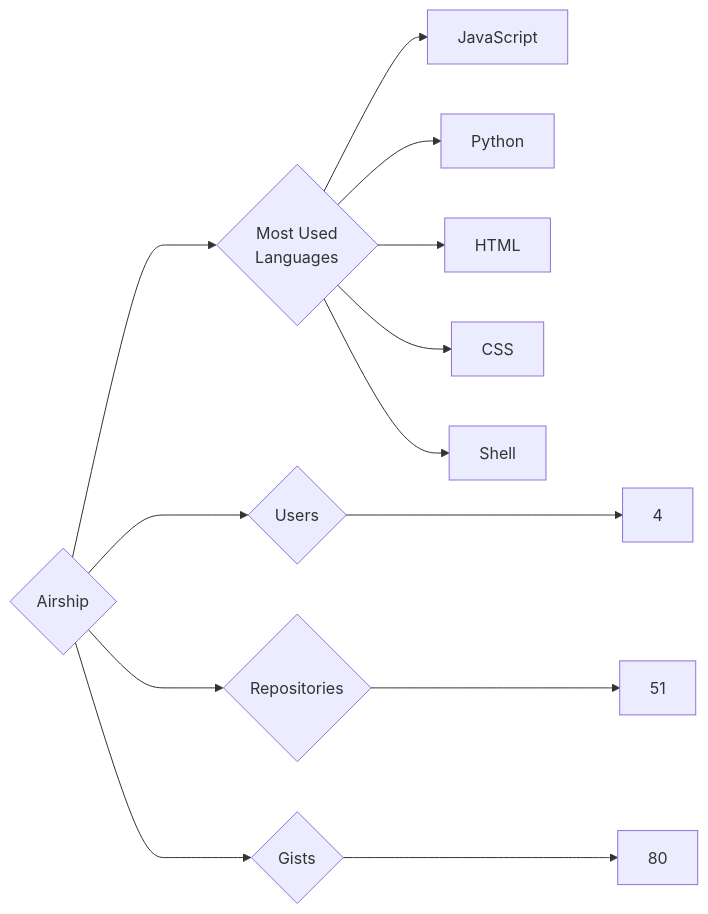
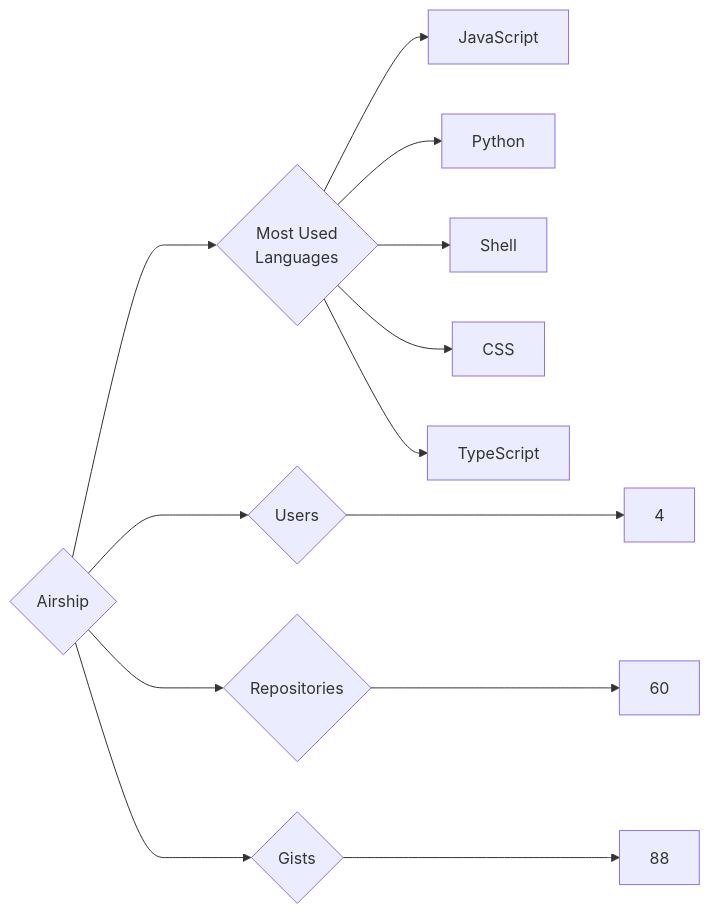
The diagram in targets/Airship/README.md (trickest/insiders), drawn with Mermaid before and after one commit. The commit also changed 1212 other files, not shown here.

````diff
--- a/targets/Airship/README.md
+++ b/targets/Airship/README.md
@@ -3,13 +3,13 @@
 ```mermaid
 graph LR
 COMPANY_NAME{Airship}
 COMPANY_NAME ---> U{Users} ---> UN[4]
-COMPANY_NAME ---> R{Repositories} ---> RN[51]
-COMPANY_NAME ---> G{Gists} ---> GN[80]
+COMPANY_NAME ---> R{Repositories} ---> RN[60]
+COMPANY_NAME ---> G{Gists} ---> GN[88]
 COMPANY_NAME ---> ML{Most Used<br>Languages}
 ML --> JavaScript[JavaScript]
 ML --> Python[Python]
-ML --> HTML[HTML]
+ML --> Shell[Shell]
 ML --> CSS[CSS]
-ML --> Shell[Shell]
+ML --> TypeScript[TypeScript]
 ```
````
